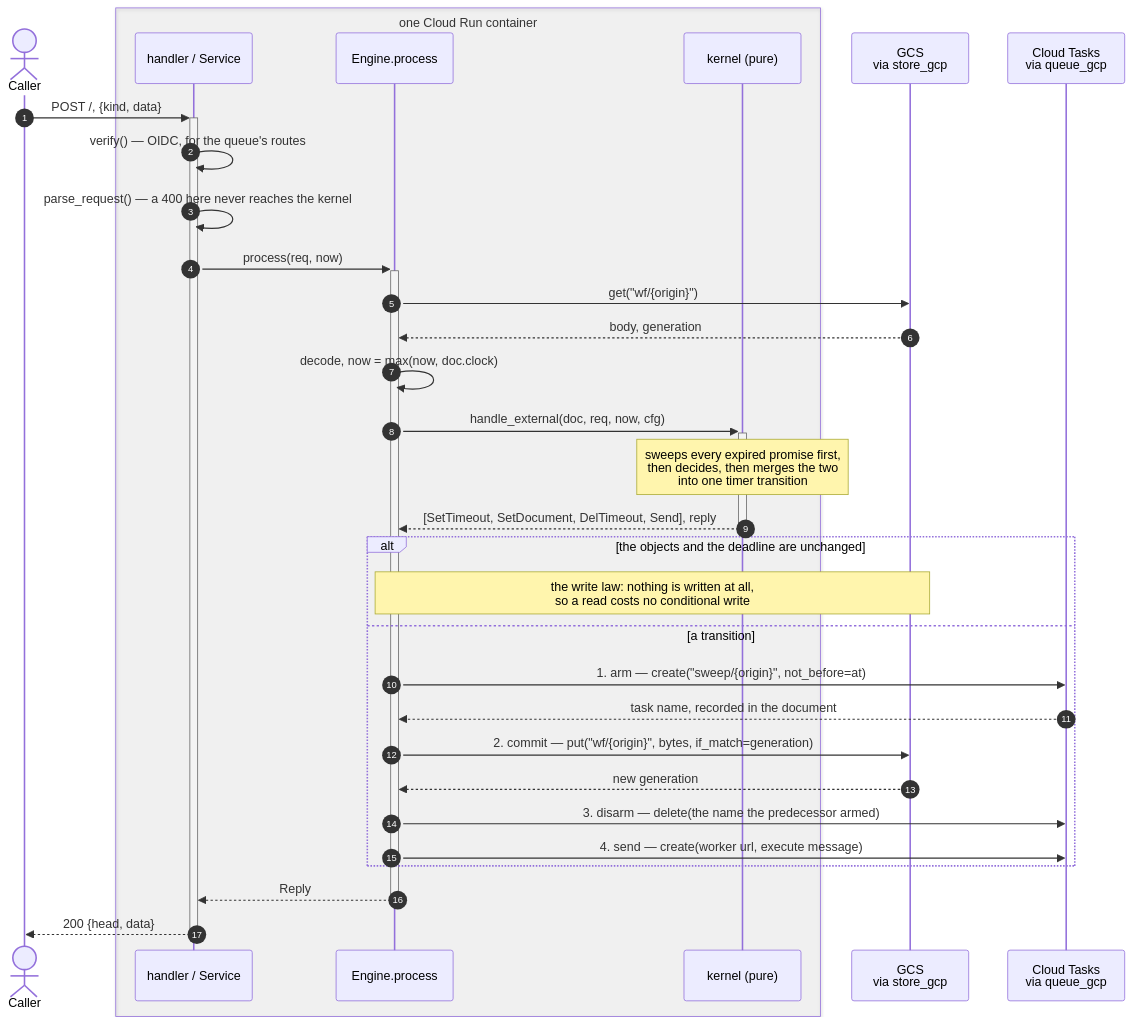
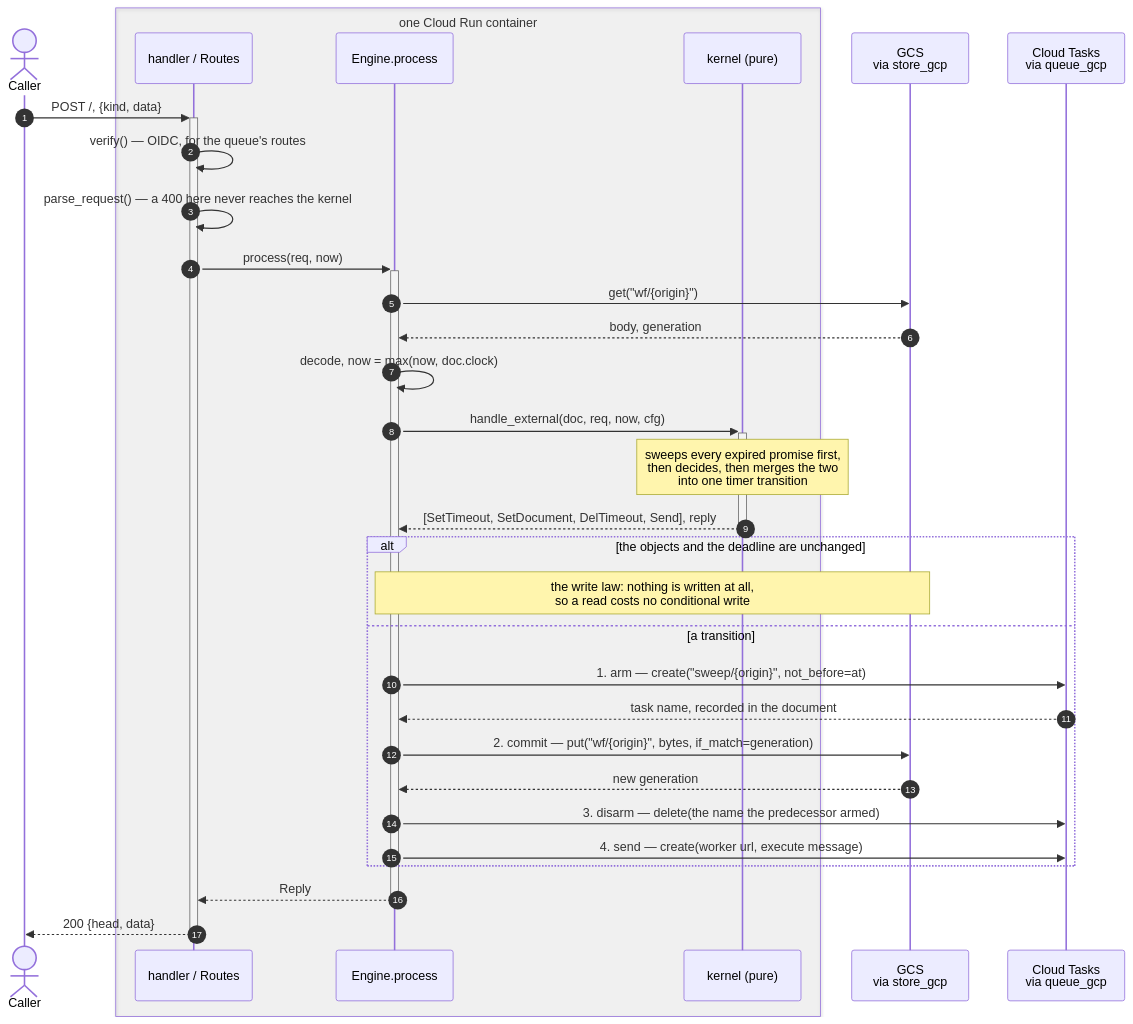
One commit to resonatehq/durable-execution changed the second of 6 diagrams in code/final/SEQUENCE.md. Above: the diagram before and after it, drawn with Mermaid. The commit also changed other lines of this file and 9 other files, not shown here.

````diff
--- a/code/final/SEQUENCE.md
+++ b/code/final/SEQUENCE.md
@@ -81,39 +81,39 @@
 ```mermaid
 sequenceDiagram
     autonumber
     actor C as Caller
     box rgba(128,128,128,0.08) one Cloud Run container
-        participant H as handler / Service
+        participant H as handler / Routes
         participant E as Engine.process
         participant K as kernel (pure)
     end
     participant S as GCS<br/>via store_gcp
     participant T as Cloud Tasks<br/>via queue_gcp
 
     C->>+H: POST /, {kind, data}
     H->>H: verify() — OIDC, for the queue's routes
     H->>H: parse_request() — a 400 here never reaches the kernel
     H->>+E: process(req, now)
 
     E->>S: get("wf/{origin}")
     S-->>E: body, generation
     E->>E: decode, now = max(now, doc.clock)
 
     E->>+K: handle_external(doc, req, now, cfg)
     Note over K: sweeps every expired promise first,<br/>then decides, then merges the two<br/>into one timer transition
     K-->>-E: [SetTimeout, SetDocument, DelTimeout, Send], reply
 
     alt the objects and the deadline are unchanged
         Note over E,S: the write law: nothing is written at all,<br/>so a read costs no conditional write
     else a transition
         E->>T: 1. arm — create("sweep/{origin}", not_before=at)
         T-->>E: task name, recorded in the document
         E->>S: 2. commit — put("wf/{origin}", bytes, if_match=generation)
         S-->>E: new generation
         E->>T: 3. disarm — delete(the name the predecessor armed)
         E->>T: 4. send — create(worker url, execute message)
     end
 
     E-->>-H: Reply
     H-->>-C: 200 {head, data}
 ```
````
